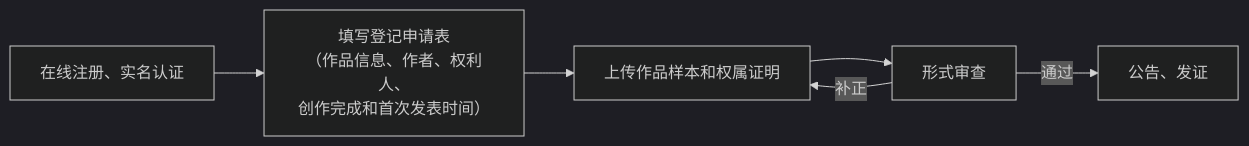
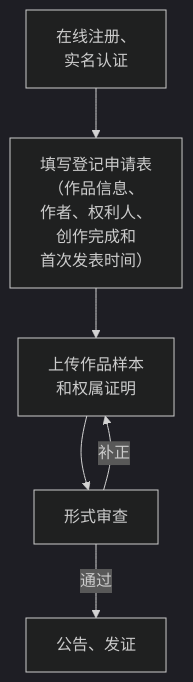
One commit to jarvis-pro/hatch-shelf changed the second of 3 diagrams in books/drama-distribution/08-copyright.md. Above: the diagram before and after it, drawn with Mermaid (dark theme). The commit also changed other lines of this file and 432 other files, not shown here.

````diff
--- a/books/drama-distribution/08-copyright.md
+++ b/books/drama-distribution/08-copyright.md
@@ -105,8 +108,8 @@
 ```mermaid
-flowchart LR
-  A["在线注册、实名认证"] --> B["填写登记申请表<br/>（作品信息、作者、权利人、<br/>创作完成和首次发表时间）"]
-  B --> C["上传作品样本和权属证明"]
+flowchart TD
+  A["在线注册、<br/>实名认证"] --> B["填写登记申请表<br/>（作品信息、<br/>作者、权利人、<br/>创作完成和<br/>首次发表时间）"]
+  B --> C["上传作品样本<br/>和权属证明"]
   C --> D["形式审查"]
   D -- "补正" --> C
   D -- "通过" --> E["公告、发证"]
 ```
````
